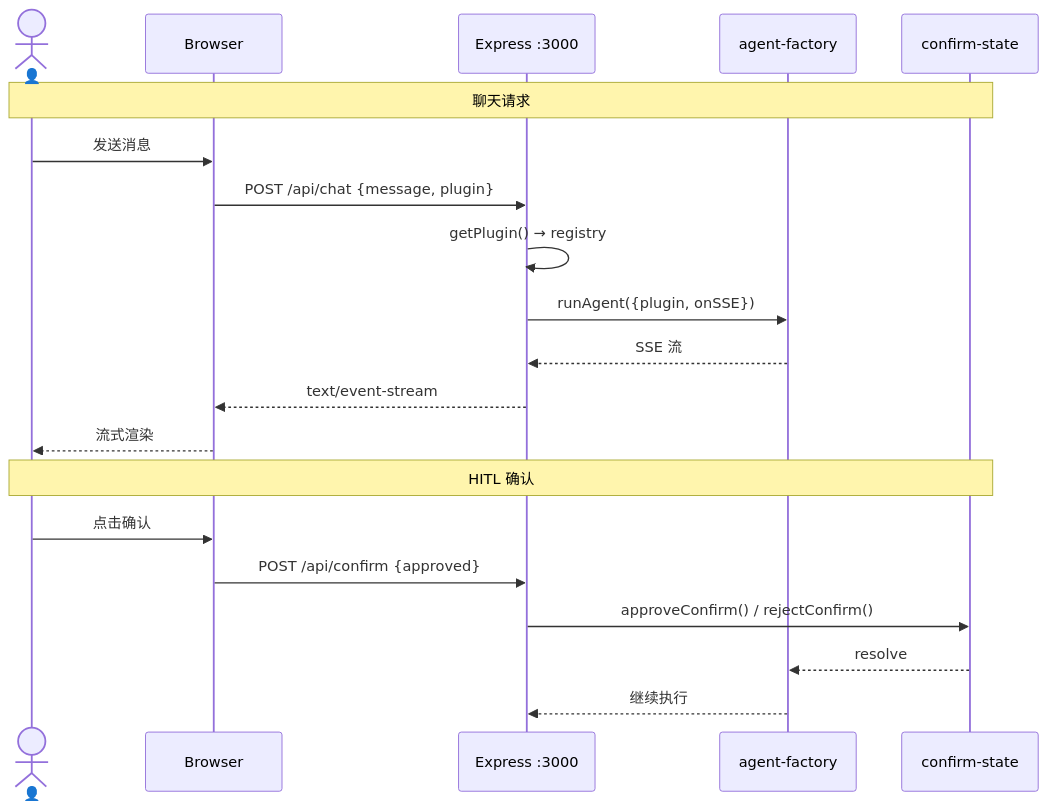
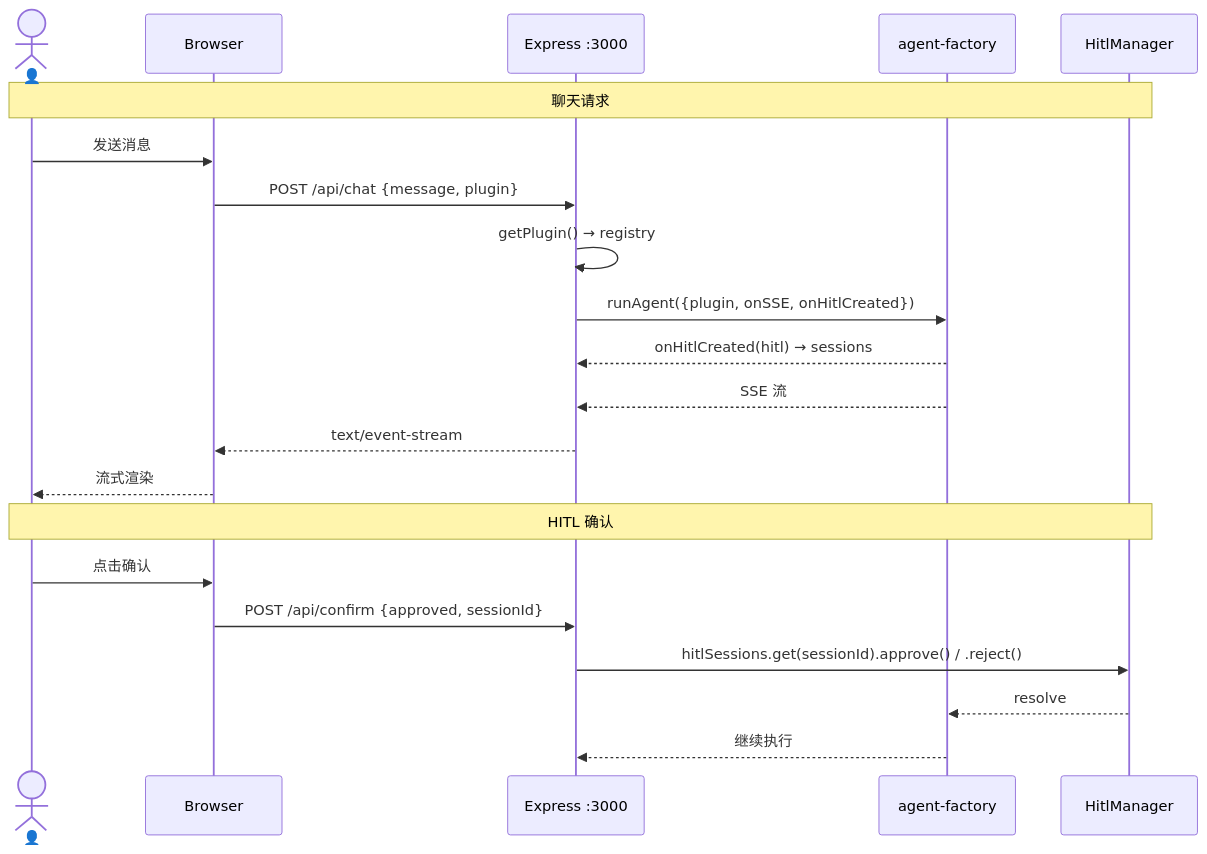
The diagram in src/server/CLAUDE.md (yjzaaa/leave-approval-agent), drawn with Mermaid before and after one commit. The commit also changed other lines of this file and 8 other files, not shown here.

````diff
--- a/src/server/CLAUDE.md
+++ b/src/server/CLAUDE.md
@@ -20,24 +22,25 @@
 ```mermaid
 sequenceDiagram
     actor User as 👤
     participant Browser as Browser
     participant Express as Express :3000
     participant Factory as agent-factory
-    participant Confirm as confirm-state
+    participant Hitl as HitlManager
 
-    Note over User,Confirm: 聊天请求
+    Note over User,Hitl: 聊天请求
     User->>Browser: 发送消息
     Browser->>Express: POST /api/chat {message, plugin}
     Express->>Express: getPlugin() → registry
-    Express->>Factory: runAgent({plugin, onSSE})
+    Express->>Factory: runAgent({plugin, onSSE, onHitlCreated})
+    Factory-->>Express: onHitlCreated(hitl) → sessions
     Factory-->>Express: SSE 流
     Express-->>Browser: text/event-stream
     Browser-->>User: 流式渲染
 
-    Note over User,Confirm: HITL 确认
+    Note over User,Hitl: HITL 确认
     User->>Browser: 点击确认
-    Browser->>Express: POST /api/confirm {approved}
-    Express->>Confirm: approveConfirm() / rejectConfirm()
-    Confirm-->>Factory: resolve
+    Browser->>Express: POST /api/confirm {approved, sessionId}
+    Express->>Hitl: hitlSessions.get(sessionId).approve() / .reject()
+    Hitl-->>Factory: resolve
     Factory-->>Express: 继续执行
 ```
````
